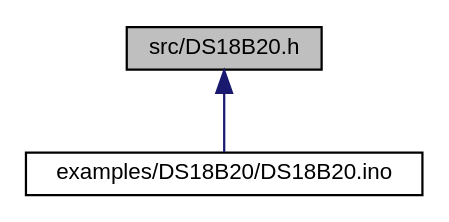
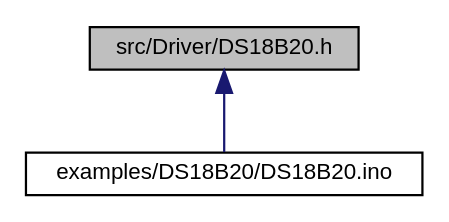
Before and after one commit to mikaelpatel/mikaelpatel.github.io: the diagram in Arduino-OWI/dc/d97/DS18B20_8h__dep__incl.dot, drawn with Graphviz. The commit also changed 69 other files, not shown here.

```diff
--- a/Arduino-OWI/dc/d97/DS18B20_8h__dep__incl.dot
+++ b/Arduino-OWI/dc/d97/DS18B20_8h__dep__incl.dot
@@ -1,8 +1,8 @@
-digraph "src/DS18B20.h"
+digraph "src/Driver/DS18B20.h"
 {
   edge [fontname="Helvetica",fontsize="10",labelfontname="Helvetica",labelfontsize="10"];
   node [fontname="Helvetica",fontsize="10",shape=record];
-  Node1 [label="src/DS18B20.h",height=0.2,width=0.4,color="black", fillcolor="grey75", style="filled", fontcolor="black"];
+  Node1 [label="src/Driver/DS18B20.h",height=0.2,width=0.4,color="black", fillcolor="grey75", style="filled", fontcolor="black"];
   Node1 -> Node2 [dir="back",color="midnightblue",fontsize="10",style="solid",fontname="Helvetica"];
   Node2 [label="examples/DS18B20/DS18B20.ino",height=0.2,width=0.4,color="black", fillcolor="white", style="filled",URL="$de/d2e/DS18B20_8ino.html"];
 }
```
